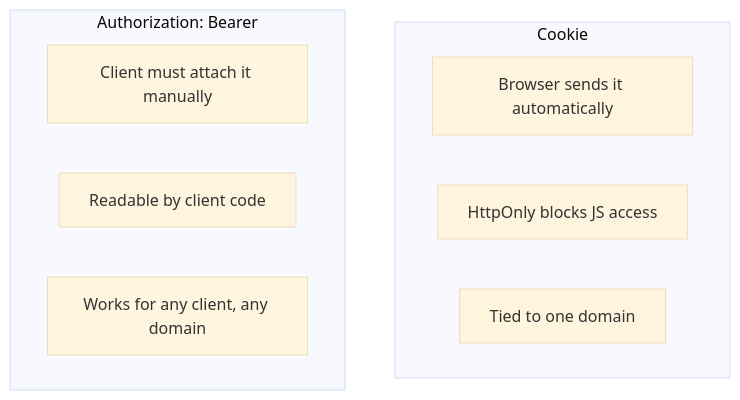
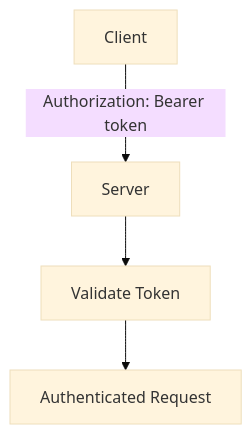
Before and after one commit to Elanrif/springboot-starter-kit: the seventh of 9 diagrams in src/main/java/com/elanrif/springbootstarterkit/controller/auth/HttpRequest.md, drawn with Mermaid (base theme). The commit also changed other lines of this file and 2 other files, not shown here.

````diff
--- a/src/main/java/com/elanrif/springbootstarterkit/controller/auth/HttpRequest.md
+++ b/src/main/java/com/elanrif/springbootstarterkit/controller/auth/HttpRequest.md
@@ -102,14 +449,6 @@
 ```mermaid
 flowchart TD
-  subgraph Cookie["Cookie"]
-    C1[Browser sends it automatically]
-    C2[HttpOnly blocks JS access]
-    C3[Tied to one domain]
-  end
-
-  subgraph Bearer["Authorization: Bearer"]
-    B1[Client must attach it manually]
-    B2[Readable by client code]
-    B3[Works for any client, any domain]
-  end
+  A[Client] -->|"Authorization: Bearer token"| B[Server]
+  B --> C[Validate Token]
+  C --> D[Authenticated Request]
 ```
````
